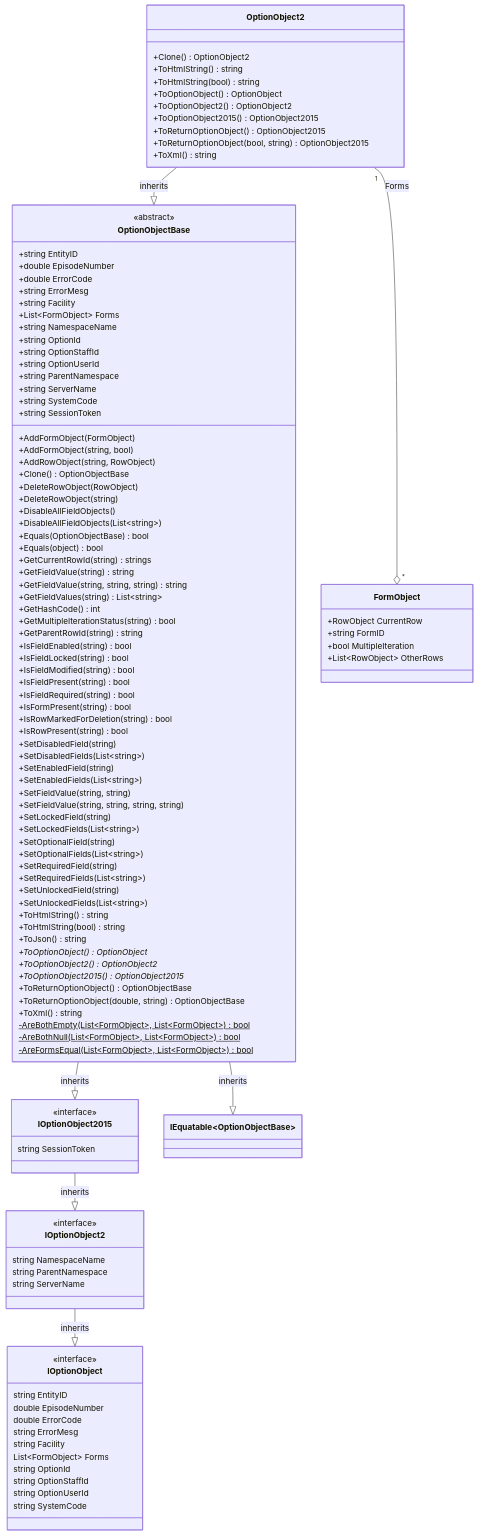
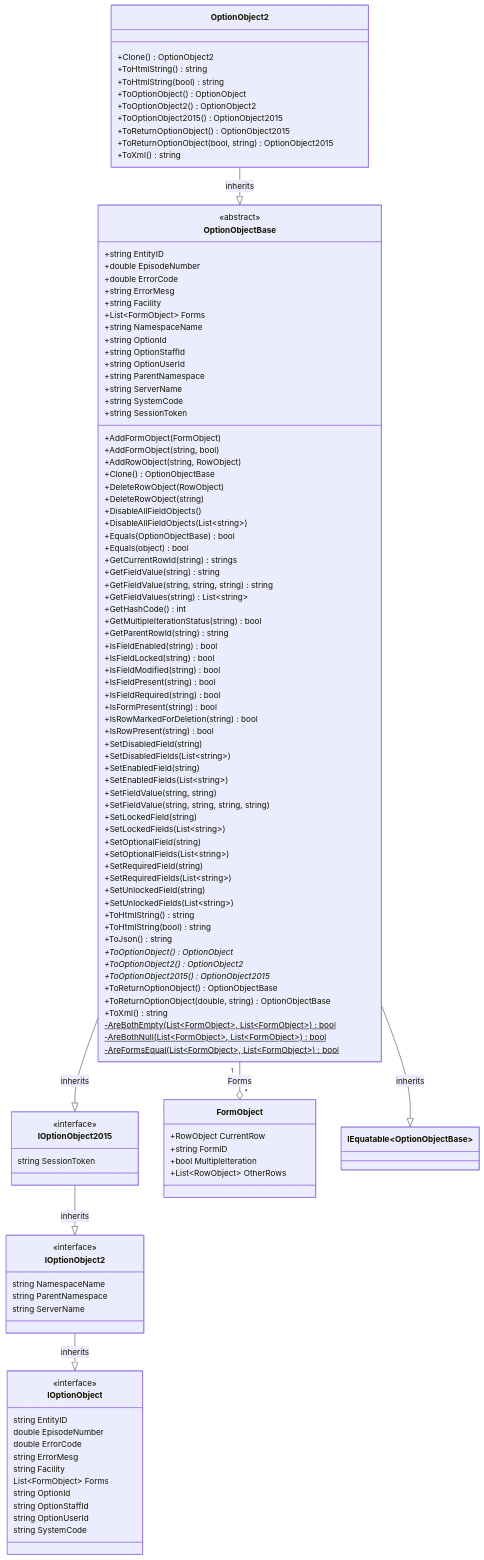
One commit to rarelysimple/RarelySimple.AvatarScriptLink changed the second of 2 diagrams in docs/docs/dotnet/data-model/optionobject2.mdx. Above: the diagram before and after it, drawn with Mermaid. The commit also changed 5 other files, not shown here.

Commit message:
add formobject diagrams

```diff
--- a/docs/docs/dotnet/data-model/optionobject2.mdx
+++ b/docs/docs/dotnet/data-model/optionobject2.mdx
@@ -187,97 +187,100 @@
     +ToXml() string
 }
 
-class OptionObjectBase
+class OptionObjectBase {
+    +string EntityID
+    +double EpisodeNumber
+    +double ErrorCode
+    +string ErrorMesg
+    +string Facility
+    +List~FormObject~ Forms
+    +string NamespaceName
+    +string OptionId
+    +string OptionStaffId
+    +string OptionUserId
+    +string ParentNamespace
+    +string ServerName
+    +string SystemCode
+    +string SessionToken
+    +AddFormObject(FormObject)
+    +AddFormObject(string, bool)
+    +AddRowObject(string, RowObject)
+    +Clone() OptionObjectBase
+    +DeleteRowObject(RowObject)
+    +DeleteRowObject(string)
+    +DisableAllFieldObjects()
+    +DisableAllFieldObjects(List~string~)
+    +Equals(OptionObjectBase) bool
+    +Equals(object) bool
+    +GetCurrentRowId(string) strings
+    +GetFieldValue(string) string
+    +GetFieldValue(string, string, string) string
+    +GetFieldValues(string) List~string~
+    +GetHashCode() int
+    +GetMultipleIterationStatus(string) bool
+    +GetParentRowId(string) string
+    +IsFieldEnabled(string) bool
+    +IsFieldLocked(string) bool
+    +IsFieldModified(string) bool
+    +IsFieldPresent(string) bool
+    +IsFieldRequired(string) bool
+    +IsFormPresent(string) bool
+    +IsRowMarkedForDeletion(string) bool
+    +IsRowPresent(string) bool
+    +SetDisabledField(string)
+    +SetDisabledFields(List~string~)
+    +SetEnabledField(string)
+    +SetEnabledFields(List~string~)
+    +SetFieldValue(string, string)
+    +SetFieldValue(string, string, string, string)
+    +SetLockedField(string)
+    +SetLockedFields(List~string~)
+    +SetOptionalField(string)
+    +SetOptionalFields(List~string~)
+    +SetRequiredField(string)
+    +SetRequiredFields(List~string~)
+    +SetUnlockedField(string)
+    +SetUnlockedFields(List~string~)
+    +ToHtmlString() string
+    +ToHtmlString(bool) string
+    +ToJson() string
+    +ToOptionObject()* OptionObject
+    +ToOptionObject2()* OptionObject2
+    +ToOptionObject2015()* OptionObject2015
+    +ToReturnOptionObject() OptionObjectBase
+    +ToReturnOptionObject(double, string) OptionObjectBase
+    +ToXml() string
+    -AreBothEmpty(List~FormObject~, List~FormObject~)$ bool
+    -AreBothNull(List~FormObject~, List~FormObject~)$ bool
+    -AreFormsEqual(List~FormObject~, List~FormObject~)$ bool
+}
 <<abstract>> OptionObjectBase
-OptionObjectBase : +string EntityID
-OptionObjectBase : +double EpisodeNumber
-OptionObjectBase : +double ErrorCode
-OptionObjectBase : +string ErrorMesg
-OptionObjectBase : +string Facility
-OptionObjectBase : +List~FormObject~ Forms
-OptionObjectBase : +string NamespaceName
-OptionObjectBase : +string OptionId
-OptionObjectBase : +string OptionStaffId
-OptionObjectBase : +string OptionUserId
-OptionObjectBase : +string ParentNamespace
-OptionObjectBase : +string ServerName
-OptionObjectBase : +string SystemCode
-OptionObjectBase : +string SessionToken
-OptionObjectBase : +AddFormObject(FormObject)
-OptionObjectBase : +AddFormObject(string, bool)
-OptionObjectBase : +AddRowObject(string, RowObject)
-OptionObjectBase : +Clone() OptionObjectBase
-OptionObjectBase : +DeleteRowObject(RowObject)
-OptionObjectBase : +DeleteRowObject(string)
-OptionObjectBase : +DisableAllFieldObjects()
-OptionObjectBase : +DisableAllFieldObjects(List~string~)
-OptionObjectBase : +Equals(OptionObjectBase) bool
-OptionObjectBase : +Equals(object) bool
-OptionObjectBase : +GetCurrentRowId(string) strings
-OptionObjectBase : +GetFieldValue(string) string
-OptionObjectBase : +GetFieldValue(string, string, string) string
-OptionObjectBase : +GetFieldValues(string) List~string~
-OptionObjectBase : +GetHashCode() int
-OptionObjectBase : +GetMultipleIterationStatus(string) bool
-OptionObjectBase : +GetParentRowId(string) string
-OptionObjectBase : +IsFieldEnabled(string) bool
-OptionObjectBase : +IsFieldLocked(string) bool
-OptionObjectBase : +IsFieldModified(string) bool
-OptionObjectBase : +IsFieldPresent(string) bool
-OptionObjectBase : +IsFieldRequired(string) bool
-OptionObjectBase : +IsFormPresent(string) bool
-OptionObjectBase : +IsRowMarkedForDeletion(string) bool
-OptionObjectBase : +IsRowPresent(string) bool
-OptionObjectBase : +SetDisabledField(string)
-OptionObjectBase : +SetDisabledFields(List~string~)
-OptionObjectBase : +SetEnabledField(string)
-OptionObjectBase : +SetEnabledFields(List~string~)
-OptionObjectBase : +SetFieldValue(string, string)
-OptionObjectBase : +SetFieldValue(string, string, string, string)
-OptionObjectBase : +SetLockedField(string)
-OptionObjectBase : +SetLockedFields(List~string~)
-OptionObjectBase : +SetOptionalField(string)
-OptionObjectBase : +SetOptionalFields(List~string~)
-OptionObjectBase : +SetRequiredField(string)
-OptionObjectBase : +SetRequiredFields(List~string~)
-OptionObjectBase : +SetUnlockedField(string)
-OptionObjectBase : +SetUnlockedFields(List~string~)
-OptionObjectBase : +ToHtmlString() string
-OptionObjectBase : +ToHtmlString(bool) string
-OptionObjectBase : +ToJson() string
-OptionObjectBase : +ToOptionObject()* OptionObject
-OptionObjectBase : +ToOptionObject2()* OptionObject2
-OptionObjectBase : +ToOptionObject2015()* OptionObject2015
-OptionObjectBase : +ToReturnOptionObject() OptionObjectBase
-OptionObjectBase : +ToReturnOptionObject(double, string) OptionObjectBase
-OptionObjectBase : +ToXml() string
-OptionObjectBase : -AreBothEmpty(List~FormObject~, List~FormObject~)$ bool
-OptionObjectBase : -AreBothNull(List~FormObject~, List~FormObject~)$ bool
-OptionObjectBase : -AreFormsEqual(List~FormObject~, List~FormObject~)$ bool
 
-class IOptionObject2015
+class IOptionObject2015 {
+    string SessionToken
+}
 <<interface>> IOptionObject2015
-IOptionObject2015 : string SessionToken
 
-class IOptionObject2
+class IOptionObject2 {
+    string NamespaceName
+    string ParentNamespace
+    string ServerName
+}
 <<interface>> IOptionObject2
-IOptionObject2 : string NamespaceName
-IOptionObject2 : string ParentNamespace
-IOptionObject2 : string ServerName
 
-
-class IOptionObject
+class IOptionObject {
+    string EntityID
+    double EpisodeNumber
+    double ErrorCode
+    string ErrorMesg
+    string Facility
+    List~FormObject~ Forms
+    string OptionId
+    string OptionStaffId
+    string OptionUserId
+    string SystemCode
+}
 <<interface>> IOptionObject
-IOptionObject : string EntityID
-IOptionObject : double EpisodeNumber
-IOptionObject : double ErrorCode
-IOptionObject : string ErrorMesg
-IOptionObject : string Facility
-IOptionObject : List~FormObject~ Forms
-IOptionObject : string OptionId
-IOptionObject : string OptionStaffId
-IOptionObject : string OptionUserId
-IOptionObject : string SystemCode
 
 class FormObject{
     +RowObject CurrentRow
@@ -286,7 +289,7 @@
     +List~RowObject~ OtherRows
 }
 
-OptionObject2 "1" --o "*" FormObject : Forms
+OptionObjectBase "1" --o "*" FormObject : Forms
 
 OptionObject2 --|> OptionObjectBase : inherits
 OptionObjectBase --|> IEquatable~OptionObjectBase~ : inherits
```
